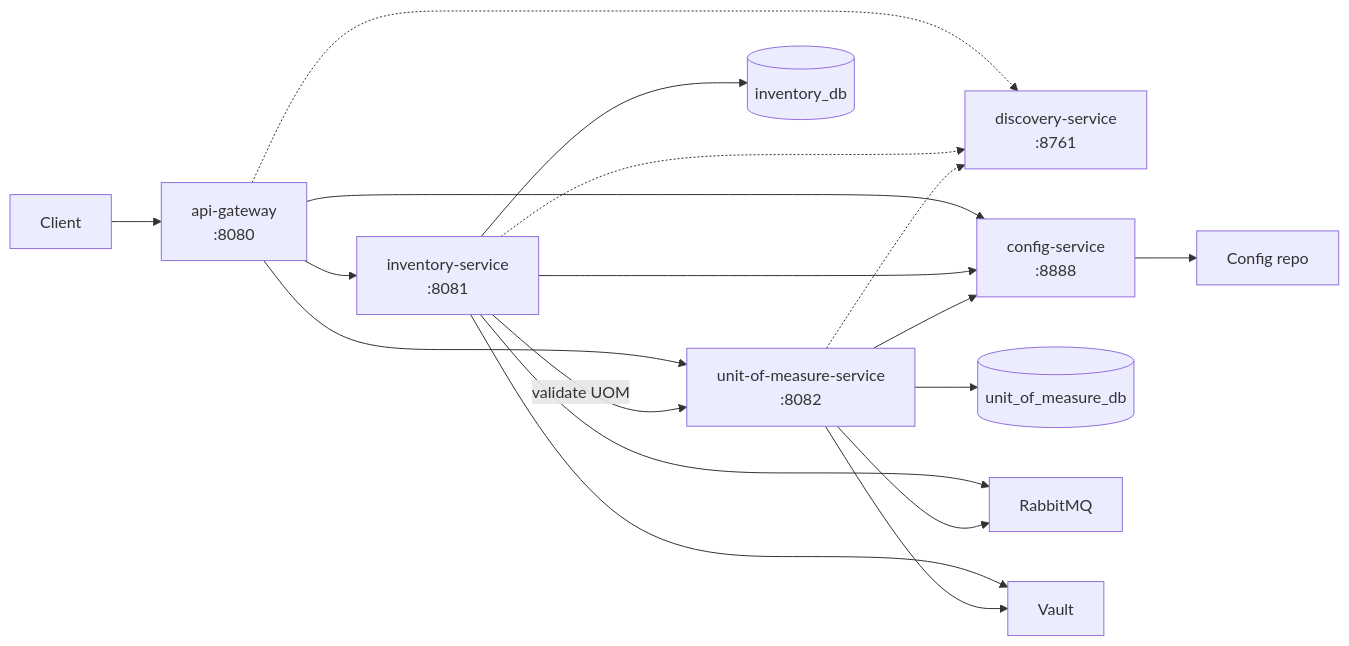
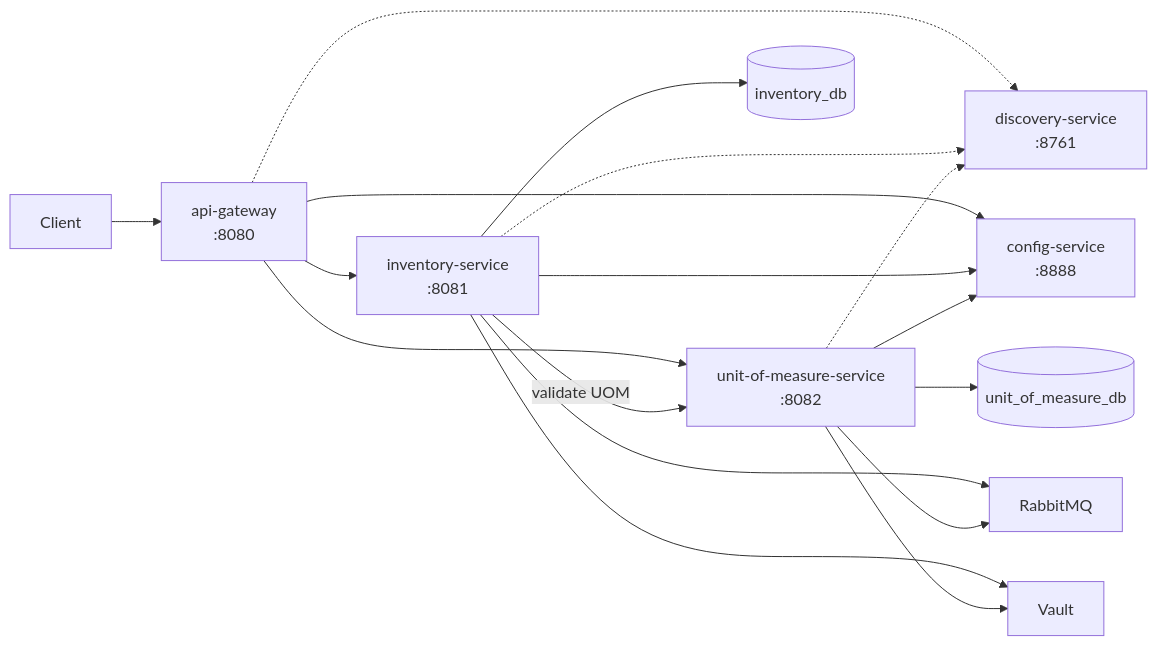
The diagram in profile/README.md (elara-app/.github), drawn with Mermaid before and after one commit. The commit also changed other lines of this file, not shown here.

Commit message:
docs(profile): remove oversized diagram node

````diff
--- a/profile/README.md
+++ b/profile/README.md
@@ -47,20 +47,19 @@
 ```mermaid
 flowchart LR
   Client[Client] --> Gateway[api-gateway<br/>:8080]
   Gateway --> Inventory[inventory-service<br/>:8081]
   Gateway --> UOM[unit-of-measure-service<br/>:8082]
   Inventory -->|validate UOM| UOM
   Gateway -.-> Discovery[discovery-service<br/>:8761]
   Inventory -.-> Discovery
   UOM -.-> Discovery
   Gateway --> Config[config-service<br/>:8888]
   Inventory --> Config
   UOM --> Config
-  Config --> ConfigRepo[Config repo]
   Inventory --> InventoryDB[(inventory_db)]
   UOM --> UOMDB[(unit_of_measure_db)]
   Inventory --> Rabbit[RabbitMQ]
   UOM --> Rabbit
   Inventory --> Vault[Vault]
   UOM --> Vault
 ```
````
